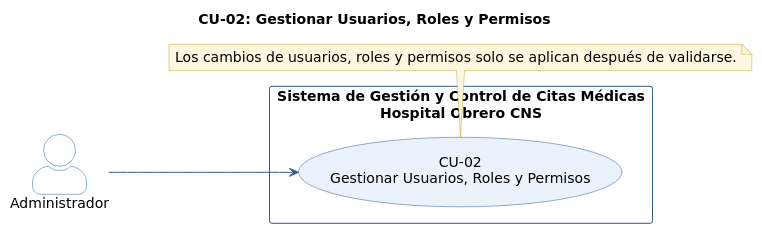
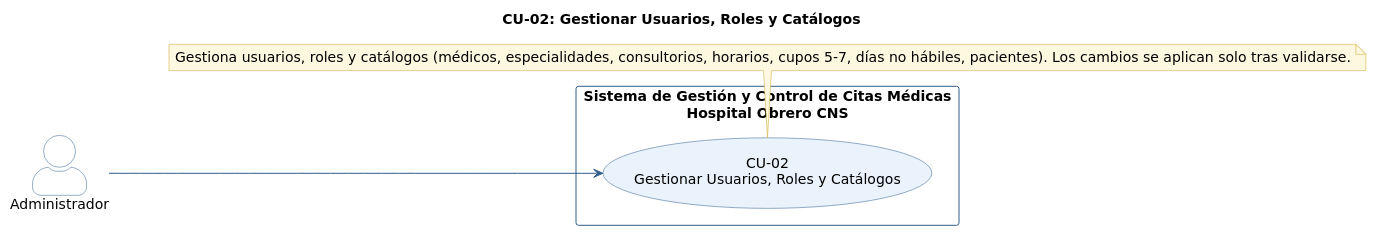
One commit to INTERNO-TRABAJO-CNS/Hospital-Obrero-Interno changed the diagram in 03_des/diagramaCU/CU-02_GestionarUsuariosRolesyPermisos.puml. Above: the diagram before and after it, drawn with PlantUML. The commit also changed 204 other files, not shown here.

Commit message:
actualización de cada CU, RF, RNF, diagramas de comportamieno, de estado, reasignación de tareas en general

```diff
--- a/03_des/diagramaCU/CU-02_GestionarUsuariosRolesyPermisos.puml
+++ b/03_des/diagramaCU/CU-02_GestionarUsuariosRolesyPermisos.puml
@@ -1,41 +1,42 @@
 @startuml CU-02_GestionarUsuariosRolesyPermisos
 ' Diagrama individual de caso de uso CU-02 — Hospital Obrero CNS
 ' Fuente: CNS_ CASOS DE USO(1).docx — matriz y especificación de CU
 ' Issue: T07 - Diagramas de casos de uso
 left to right direction
 skinparam shadowing false
 skinparam defaultFontName "DejaVu Sans"
 skinparam defaultFontSize 14
 skinparam actorStyle awesome
 skinparam packageStyle rectangle
 skinparam ArrowColor #2F5D8A
 skinparam actor {
   BorderColor #2F5D8A
   BackgroundColor #FFFFFF
 }
 skinparam usecase {
   BackgroundColor #EAF2FB
   BorderColor #2F5D8A
   ArrowColor #2F5D8A
 }
 skinparam rectangle {
   BorderColor #2F5D8A
   FontStyle bold
 }
 skinparam note {
   BackgroundColor #FFF8E1
   BorderColor #C9A227
 }
-title CU-02: Gestionar Usuarios, Roles y Permisos
+title CU-02: Gestionar Usuarios, Roles y Catálogos
 
 rectangle "Sistema de Gestión y Control de Citas Médicas\nHospital Obrero CNS" as CNS {
-  usecase "CU-02\nGestionar Usuarios, Roles y Permisos" as CU02
+  usecase "CU-02\nGestionar Usuarios, Roles y Catálogos" as CU02
 }
 
 actor "Administrador" as ACTOR1
 ACTOR1 --> CU02
 note bottom of CU02
-  Los cambios de usuarios, roles y permisos solo se aplican después de validarse.
+  Gestiona usuarios, roles y catálogos (médicos, especialidades, consultorios, horarios, cupos 5-7, días no hábiles, pacientes). Los cambios se aplican solo tras validarse.
 end note
 
+' Modificado 04/11/2026: ver 06_proyect/CAMBIOS_04-11-2026.md
 @enduml
```
